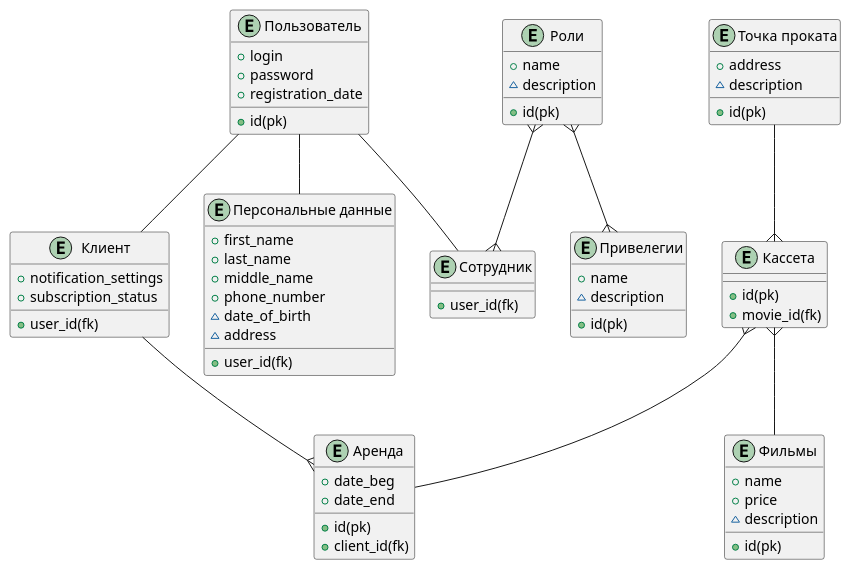
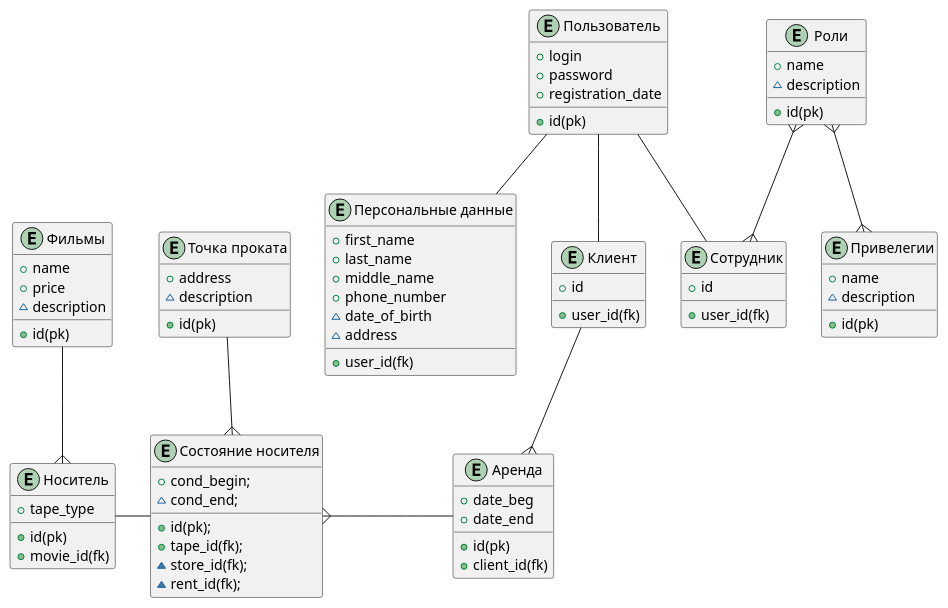
Before and after one commit to SofaaSogo-oh/rm_play: the diagram in concept.puml, drawn with PlantUML. The commit also changed 31 other files, not shown here.

```diff
--- a/concept.puml
+++ b/concept.puml
@@ -1,68 +1,78 @@
 @startuml concept
 
 entity user as "Пользователь" {
   +id(pk)
   +login
   +password
   +registration_date
 } 
 entity personal_data as "Персональные данные" {
   +first_name
   +last_name
   +middle_name
   +phone_number
   ~date_of_birth
   ~address
   +user_id(fk)
 }
 entity role as "Роли" {
   +id(pk)
   +name
   ~description
 }
 entity privilege as "Привелегии" {
   +id(pk)
   +name
   ~description
 }
 entity movie as "Фильмы" {
   +id(pk)
   +name
   +price
   ~description
 }
-entity tape as "Кассета" {
+entity tape as "Носитель" {
   +id(pk)
   +movie_id(fk)
+  +tape_type
+}
+entity tape_condition as "Состояние носителя" {
+  +id(pk);
+  +tape_id(fk);
+  +cond_begin;
+  ~cond_end;
+  ~store_id(fk);
+  ~rent_id(fk);
 }
 entity client as "Клиент" {
+  +id
   +user_id(fk)
-  +notification_settings
-  +subscription_status
 }
 entity rent as "Аренда" {
   +id(pk)
   +date_beg
   +date_end
   +client_id(fk)
 }
 entity rental_store as "Точка проката" {
   +id(pk)
   +address
   ~description
 }
 entity employee as "Сотрудник" {
+  +id
   +user_id(fk)
 }
 
 user -- personal_data
 user -- client
 user -- employee
 client --{ rent
 role }--{ privilege
 role }--{ employee
-tape }-- rent
-tape }-- movie
-rental_store --{ tape
+tape }-u- movie
+rent -l-{ tape_condition
+rental_store --{ tape_condition
+tape_condition -l- tape
 
 @enduml
```
